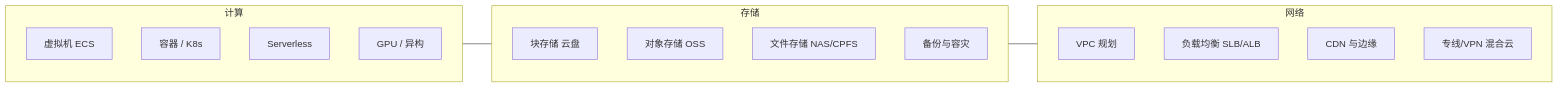
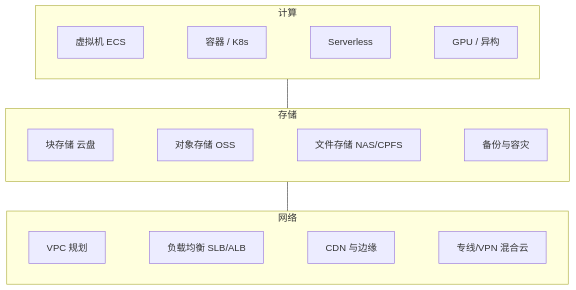
One commit to shuifans/cloud-ai-knowledge-base changed the diagram in docs/cloud/infra/index.md. Above: the diagram before and after it, drawn with Mermaid. The commit also changed 7 other files, not shown here.

First line of the commit message:
修复: Mermaid 图呈现治理（全局渲染配置与导读页全景图布局）

````diff
--- a/docs/cloud/infra/index.md
+++ b/docs/cloud/infra/index.md
@@ -18,22 +18,28 @@
 ```mermaid
-flowchart LR
+flowchart TB
   subgraph 计算
+    direction LR
     A1[虚拟机 ECS]
     A2[容器 / K8s]
     A3[Serverless]
     A4[GPU / 异构]
+    A1 ~~~ A2 ~~~ A3 ~~~ A4
   end
   subgraph 存储
+    direction LR
     B1[块存储 云盘]
     B2[对象存储 OSS]
     B3[文件存储 NAS/CPFS]
     B4[备份与容灾]
+    B1 ~~~ B2 ~~~ B3 ~~~ B4
   end
   subgraph 网络
+    direction LR
     C1[VPC 规划]
     C2[负载均衡 SLB/ALB]
     C3[CDN 与边缘]
     C4[专线/VPN 混合云]
+    C1 ~~~ C2 ~~~ C3 ~~~ C4
   end
   计算 --- 存储 --- 网络
 ```
````
